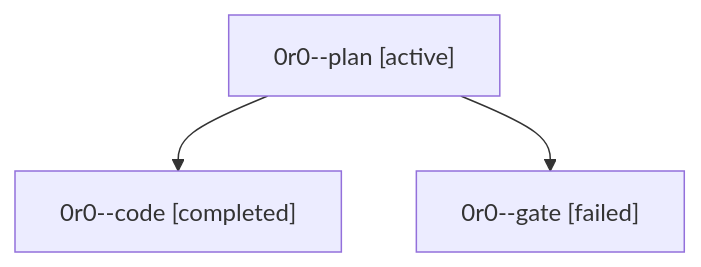
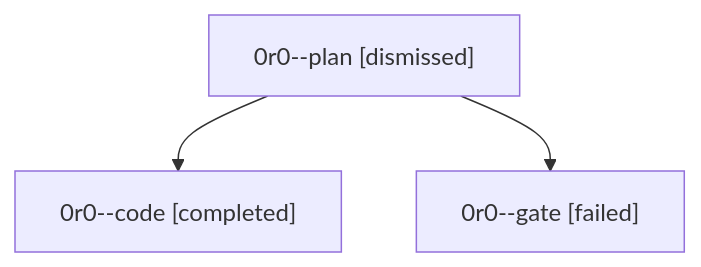
One commit to sase-org/sase--agents changed the diagram in sessions/bbugyi200.athena.0r0.md. Above: the diagram before and after it, drawn with Mermaid. The commit also changed other lines of this file and 30 other files, not shown here.

````diff
--- a/sessions/bbugyi200.athena.0r0.md
+++ b/sessions/bbugyi200.athena.0r0.md
@@ -9,8 +9,8 @@
 ```mermaid
 flowchart TD
-  n0["0r0--plan [active]"]
+  n0["0r0--plan [dismissed]"]
   n1["0r0--code [completed]"]
   n0 --> n1
   n2["0r0--gate [failed]"]
   n0 --> n2
 ```
````
